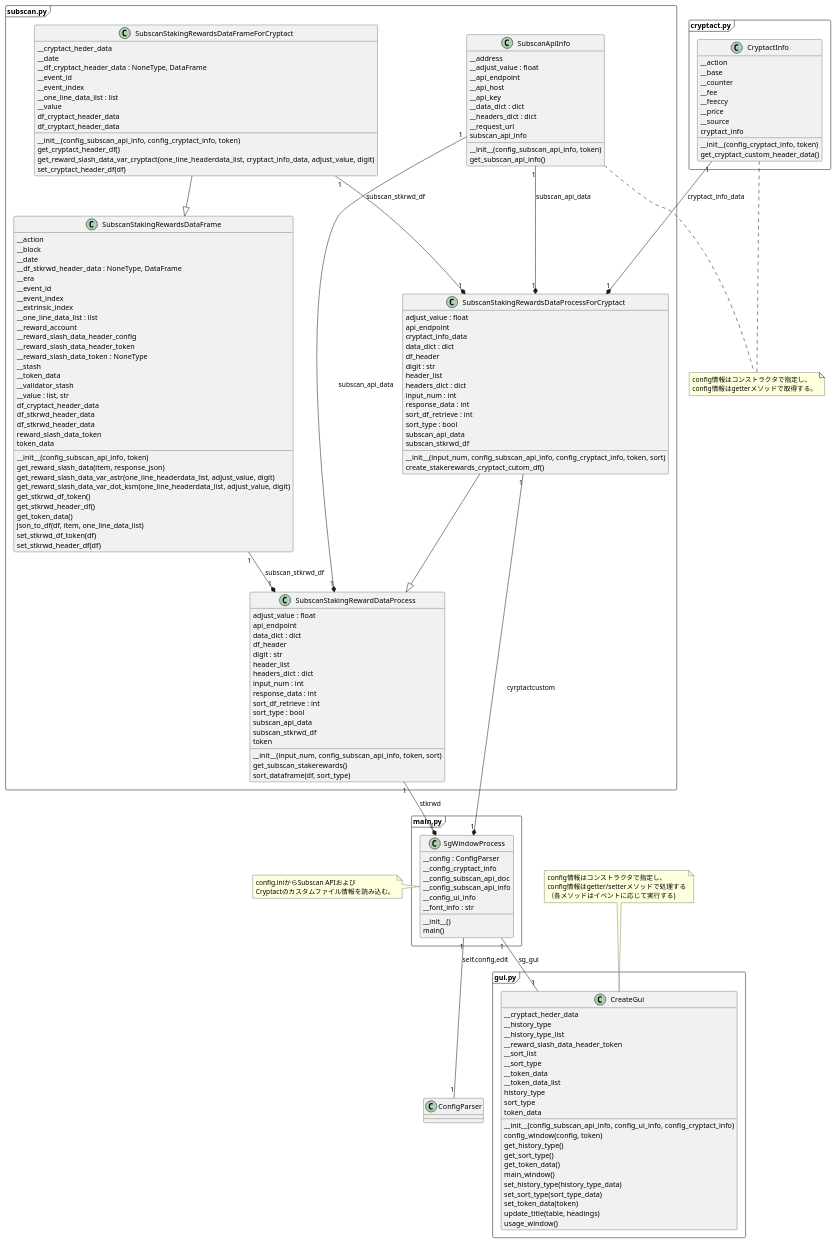
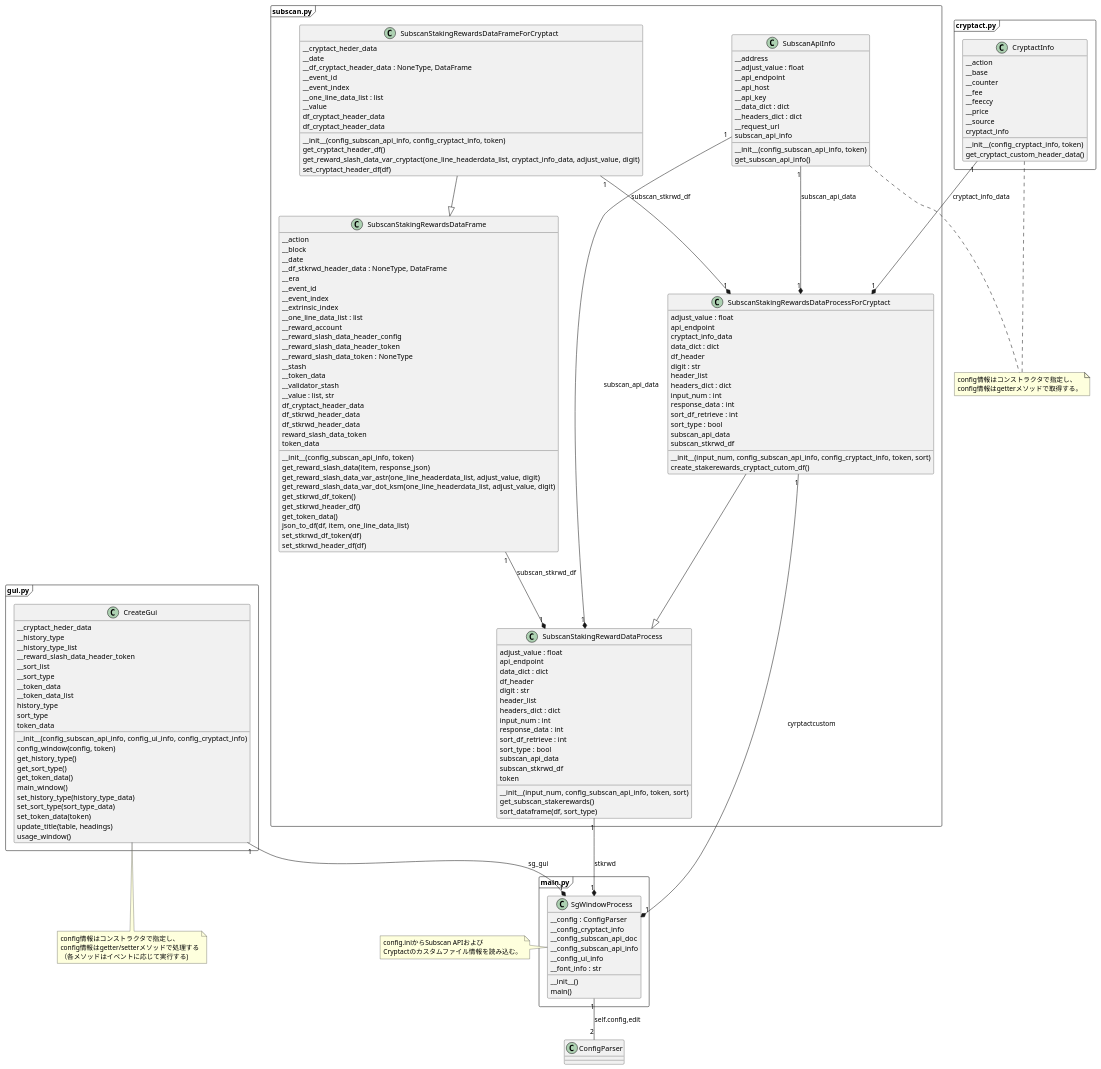
One commit to 7rikazhexde/dlSubscanStakingRewardsHistory changed the diagram in uml/classes_dlSubscanStakingRewardsHistory/classes_dlSubscanStakingRewardsHistory.puml. Above: the diagram before and after it, drawn with PlantUML. The commit also changed 1 other file, not shown here.

```diff
--- a/uml/classes_dlSubscanStakingRewardsHistory/classes_dlSubscanStakingRewardsHistory.puml
+++ b/uml/classes_dlSubscanStakingRewardsHistory/classes_dlSubscanStakingRewardsHistory.puml
@@ -1,182 +1,182 @@
 @startuml classes_dlSubscanStakingRewardsHistory
 set namespaceSeparator none
 
 package main.py <<Frame>>{
   class "SgWindowProcess" as src.main.SgWindowProcess {
     __config : ConfigParser
     __config_cryptact_info
     __config_subscan_api_doc
     __config_subscan_api_info
     __config_ui_info
     __font_info : str
     __init__()
     main()
   }
 }
 note left: config.iniからSubscan APIおよび\nCryptactのカスタムファイル情報を読み込む。
 
 class "ConfigParser" as configparser.ConfigParser {
 }
 
 package gui.py <<Frame>>{
   class "CreateGui" as src.gui.CreateGui {
     __cryptact_heder_data
     __history_type
     __history_type_list
     __reward_slash_data_header_token
     __sort_list
     __sort_type
     __token_data
     __token_data_list
     history_type
     sort_type
     token_data
     __init__(config_subscan_api_info, config_ui_info, config_cryptact_info)
     config_window(config, token)
     get_history_type()
     get_sort_type()
     get_token_data()
     main_window()
     set_history_type(history_type_data)
     set_sort_type(sort_type_data)
     set_token_data(token)
     update_title(table, headings)
     usage_window()
   }
 }
-note top: config情報はコンストラクタで指定し、\nconfig情報はgetter/setterメソッドで処理する\n（各メソッドはイベントに応じて実行する)\
+note bottom: config情報はコンストラクタで指定し、\nconfig情報はgetter/setterメソッドで処理する\n（各メソッドはイベントに応じて実行する)\
 
 package cryptact.py <<Frame>>{
   class "CryptactInfo" as src.cryptact.CryptactInfo {
     __action
     __base
     __counter
     __fee
     __feeccy
     __price
     __source
     cryptact_info
     __init__(config_cryptact_info, token)
     get_cryptact_custom_header_data()
   }
 }
 
 package subscan.py <<Frame>>{
   class "SubscanApiInfo" as src.subscan.SubscanApiInfo {
     __address
     __adjust_value : float
     __api_endpoint
     __api_host
     __api_key
     __data_dict : dict
     __headers_dict : dict
     __request_url
     subscan_api_info
     __init__(config_subscan_api_info, token)
     get_subscan_api_info()
   }
 
   class "SubscanStakingRewardDataProcess" as src.subscan.SubscanStakingRewardDataProcess {
     adjust_value : float
     api_endpoint
     data_dict : dict
     df_header
     digit : str
     header_list
     headers_dict : dict
     input_num : int
     response_data : int
     sort_df_retrieve : int
     sort_type : bool
     subscan_api_data
     subscan_stkrwd_df
     token
     __init__(input_num, config_subscan_api_info, token, sort)
     get_subscan_stakerewards()
     sort_dataframe(df, sort_type)
   }
   class "SubscanStakingRewardsDataFrame" as src.subscan.SubscanStakingRewardsDataFrame {
     __action
     __block
     __date
     __df_stkrwd_header_data : NoneType, DataFrame
     __era
     __event_id
     __event_index
     __extrinsic_index
     __one_line_data_list : list
     __reward_account
     __reward_slash_data_header_config
     __reward_slash_data_header_token
     __reward_slash_data_token : NoneType
     __stash
     __token_data
     __validator_stash
     __value : list, str
     df_cryptact_header_data
     df_stkrwd_header_data
     df_stkrwd_header_data
     reward_slash_data_token
     token_data
     __init__(config_subscan_api_info, token)
     get_reward_slash_data(item, response_json)
     get_reward_slash_data_var_astr(one_line_headerdata_list, adjust_value, digit)
     get_reward_slash_data_var_dot_ksm(one_line_headerdata_list, adjust_value, digit)
     get_stkrwd_df_token()
     get_stkrwd_header_df()
     get_token_data()
     json_to_df(df, item, one_line_data_list)
     set_stkrwd_df_token(df)
     set_stkrwd_header_df(df)
   }
   class "SubscanStakingRewardsDataFrameForCryptact" as src.subscan.SubscanStakingRewardsDataFrameForCryptact {
     __cryptact_heder_data
     __date
     __df_cryptact_header_data : NoneType, DataFrame
     __event_id
     __event_index
     __one_line_data_list : list
     __value
     df_cryptact_header_data
     df_cryptact_header_data
     __init__(config_subscan_api_info, config_cryptact_info, token)
     get_cryptact_header_df()
     get_reward_slash_data_var_cryptact(one_line_headerdata_list, cryptact_info_data, adjust_value, digit)
     set_cryptact_header_df(df)
   }
   class "SubscanStakingRewardsDataProcessForCryptact" as src.subscan.SubscanStakingRewardsDataProcessForCryptact {
     adjust_value : float
     api_endpoint
     cryptact_info_data
     data_dict : dict
     df_header
     digit : str
     header_list
     headers_dict : dict
     input_num : int
     response_data : int
     sort_df_retrieve : int
     sort_type : bool
     subscan_api_data
     subscan_stkrwd_df
     __init__(input_num, config_subscan_api_info, config_cryptact_info, token, sort)
     create_stakerewards_cryptact_cutom_df()
   }
 }
 
 note "config情報はコンストラクタで指定し、\nconfig情報はgetterメソッドで取得する。" as N2
 src.subscan.SubscanApiInfo .. N2
 src.cryptact.CryptactInfo .. N2
 
-src.main.SgWindowProcess "1" -- "1" configparser.ConfigParser : self.config,edit
-src.main.SgWindowProcess "1" -- "1" src.gui.CreateGui : sg_gui
+src.main.SgWindowProcess "1" -- "2" configparser.ConfigParser : self.config,edit
+src.gui.CreateGui "1" --* "1" src.main.SgWindowProcess : sg_gui
 src.subscan.SubscanStakingRewardDataProcess "1" --* "1" src.main.SgWindowProcess : stkrwd
 src.subscan.SubscanStakingRewardsDataProcessForCryptact "1" --* "1" src.main.SgWindowProcess : cyrptactcustom
 src.subscan.SubscanStakingRewardsDataFrameForCryptact --|> src.subscan.SubscanStakingRewardsDataFrame
 src.subscan.SubscanStakingRewardsDataProcessForCryptact --|> src.subscan.SubscanStakingRewardDataProcess
 src.subscan.SubscanApiInfo "1" --* "1" src.subscan.SubscanStakingRewardDataProcess : subscan_api_data
 src.subscan.SubscanApiInfo "1" --* "1" src.subscan.SubscanStakingRewardsDataProcessForCryptact : subscan_api_data
 src.subscan.SubscanStakingRewardsDataFrame "1" --* "1" src.subscan.SubscanStakingRewardDataProcess : subscan_stkrwd_df
 src.subscan.SubscanStakingRewardsDataFrameForCryptact "1" --* "1" src.subscan.SubscanStakingRewardsDataProcessForCryptact : subscan_stkrwd_df
 src.cryptact.CryptactInfo "1" --* "1" src.subscan.SubscanStakingRewardsDataProcessForCryptact : cryptact_info_data
 @enduml
```
